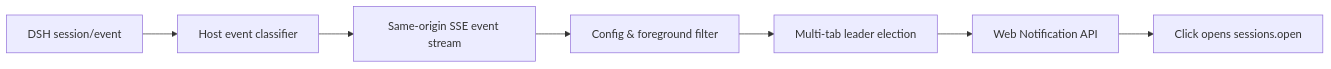
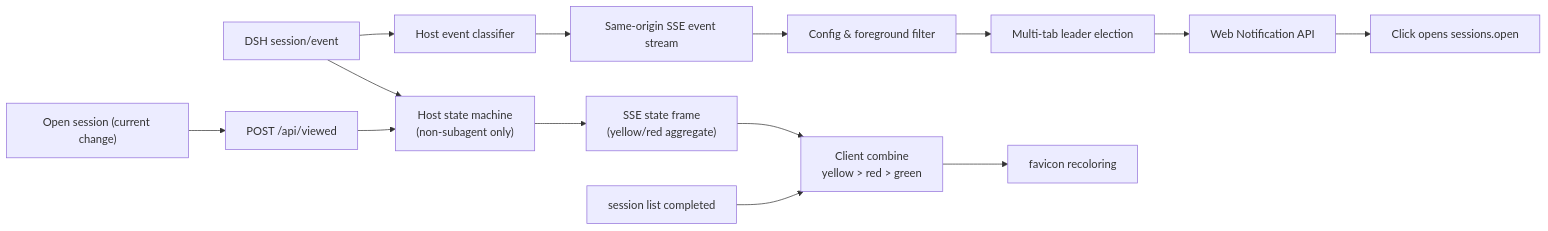
One commit to Ycet/dsh-notifications changed the diagram in README_en.md. Above: the diagram before and after it, drawn with Mermaid. The commit also changed other lines of this file and 12 other files, not shown here.

First line of the commit message:
feat: 新增标签页鲸鱼图标状态变色功能

````diff
--- a/README_en.md
+++ b/README_en.md
@@ -133,9 +154,16 @@
 ```mermaid
 flowchart LR
     E["DSH session/event"] --> C["Host event classifier"]
     C --> S["Same-origin SSE event stream"]
     S --> F["Config & foreground filter"]
     F --> L["Multi-tab leader election"]
     L --> N["Web Notification API"]
     N --> O["Click opens sessions.open"]
+    E --> T["Host state machine<br/>(non-subagent only)"]
+    T --> S2["SSE state frame<br/>(yellow/red aggregate)"]
+    S2 --> V["Client combine<br/>yellow > red > green"]
+    B["session list completed"] --> V
+    V --> I["favicon recoloring"]
+    U["Open session (current change)"] --> P["POST /api/viewed"]
+    P --> T
 ```
````
